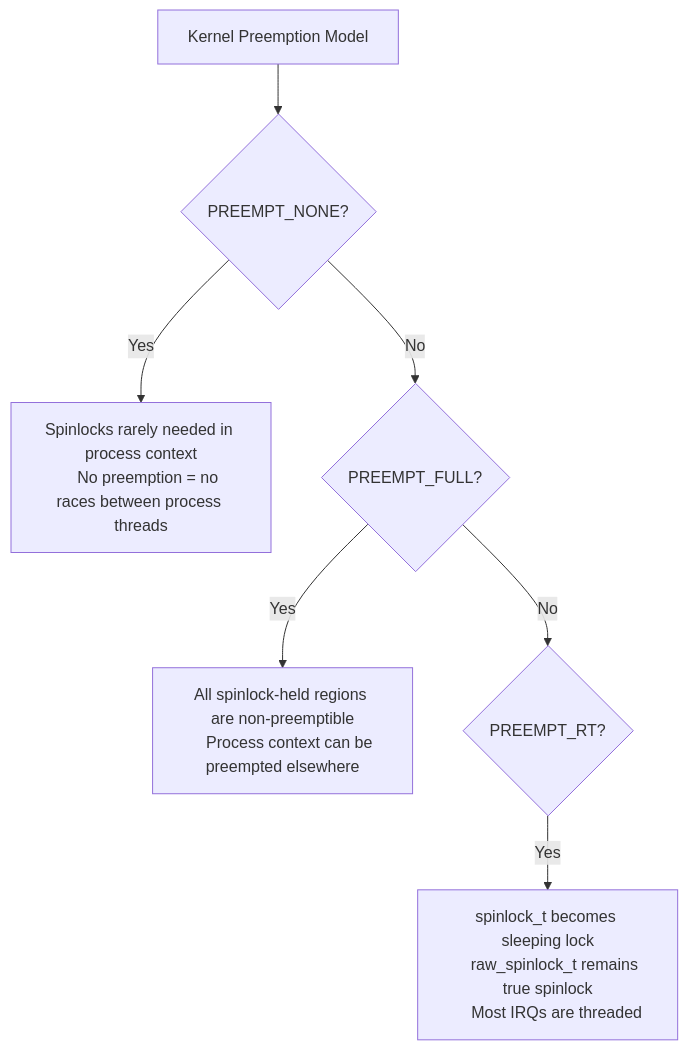
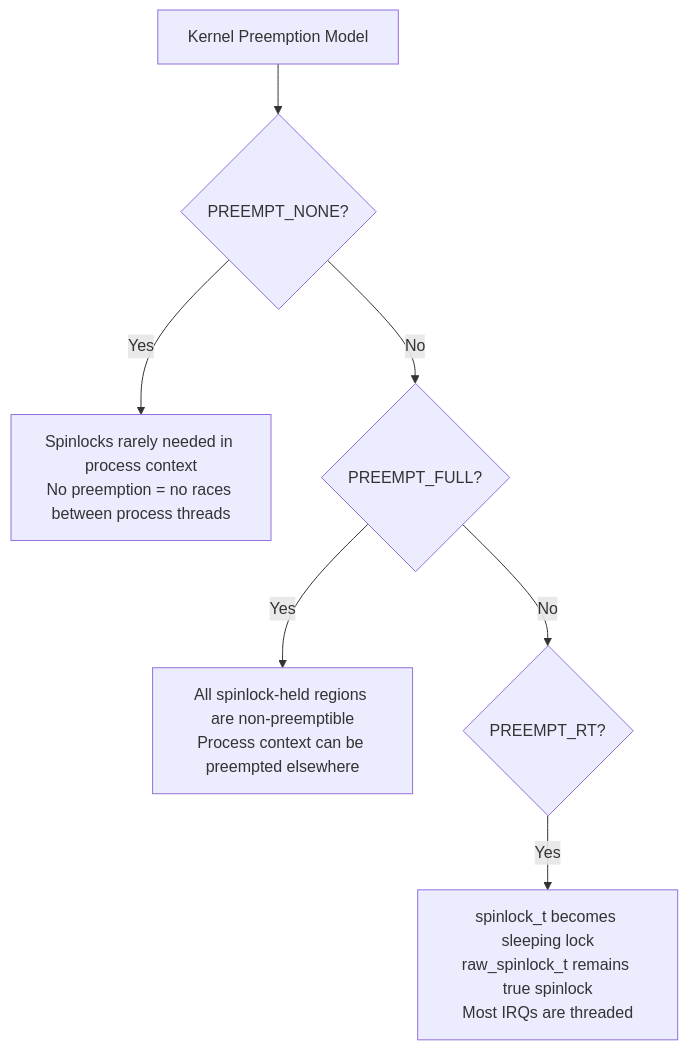
The fifth of 6 diagrams in src/linux/kernel/sync/overview.md (vanos001/placement_prep), drawn with Mermaid before and after one commit. The commit also changed other lines of this file and 56 other files, not shown here.

````diff
--- a/src/linux/kernel/sync/overview.md
+++ b/src/linux/kernel/sync/overview.md
@@ -369,13 +369,9 @@
 ```mermaid
 graph TD
     A[Kernel Preemption Model] --> B{PREEMPT_NONE?}
-    B -->|Yes| C[Spinlocks rarely needed in process context
-    No preemption = no races between process threads]
+    B -->|Yes| C["Spinlocks rarely needed in process context<br/>No preemption = no races between process threads"]
     B -->|No| D{PREEMPT_FULL?}
-    D -->|Yes| E[All spinlock-held regions are non-preemptible
-    Process context can be preempted elsewhere]
+    D -->|Yes| E["All spinlock-held regions are non-preemptible<br/>Process context can be preempted elsewhere"]
     D -->|No| F{PREEMPT_RT?}
-    F -->|Yes| G[spinlock_t becomes sleeping lock
-    raw_spinlock_t remains true spinlock
-    Most IRQs are threaded]
+    F -->|Yes| G["spinlock_t becomes sleeping lock<br/>raw_spinlock_t remains true spinlock<br/>Most IRQs are threaded"]
 ```
````
